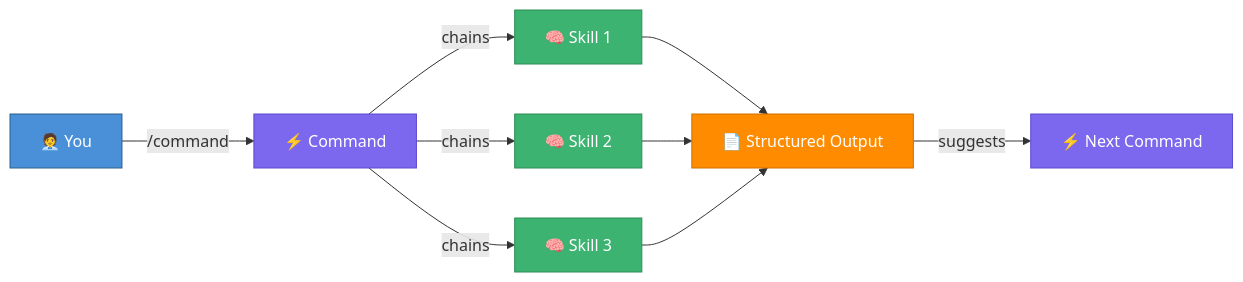
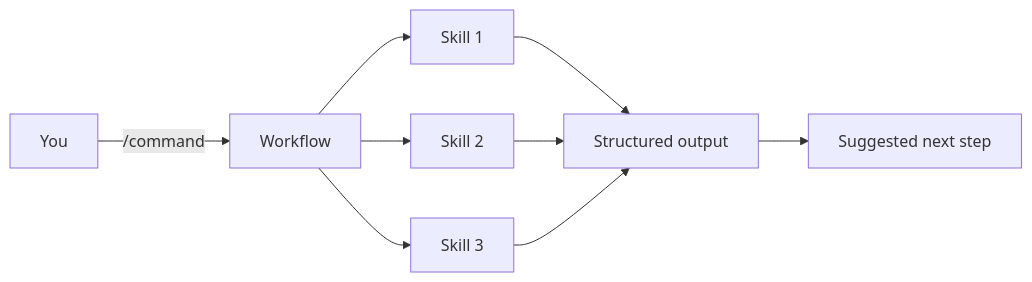
The diagram in README.md (tarunccet/pm-skills), drawn with Mermaid before and after one commit. The commit also changed other lines of this file and 12 other files, not shown here.

````diff
--- a/README.md
+++ b/README.md
@@ -119,19 +153,11 @@
 ```mermaid
 graph LR
-    A["🧑‍💼 You"] -->|"/command"| B["⚡ Command"]
-    B -->|chains| C["🧠 Skill 1"]
-    B -->|chains| D["🧠 Skill 2"]
-    B -->|chains| E["🧠 Skill 3"]
-    C --> F["📄 Structured Output"]
+    A["You"] -->|/command| B["Workflow"]
+    B --> C["Skill 1"]
+    B --> D["Skill 2"]
+    B --> E["Skill 3"]
+    C --> F["Structured output"]
     D --> F
     E --> F
-    F -->|suggests| G["⚡ Next Command"]
-
-    style A fill:#4A90D9,stroke:#2C5F8A,color:#fff
-    style B fill:#7B68EE,stroke:#5B4ACE,color:#fff
-    style C fill:#3CB371,stroke:#2E8B57,color:#fff
-    style D fill:#3CB371,stroke:#2E8B57,color:#fff
-    style E fill:#3CB371,stroke:#2E8B57,color:#fff
-    style F fill:#FF8C00,stroke:#CC7000,color:#fff
-    style G fill:#7B68EE,stroke:#5B4ACE,color:#fff
+    F --> G["Suggested next step"]
 ```
````
